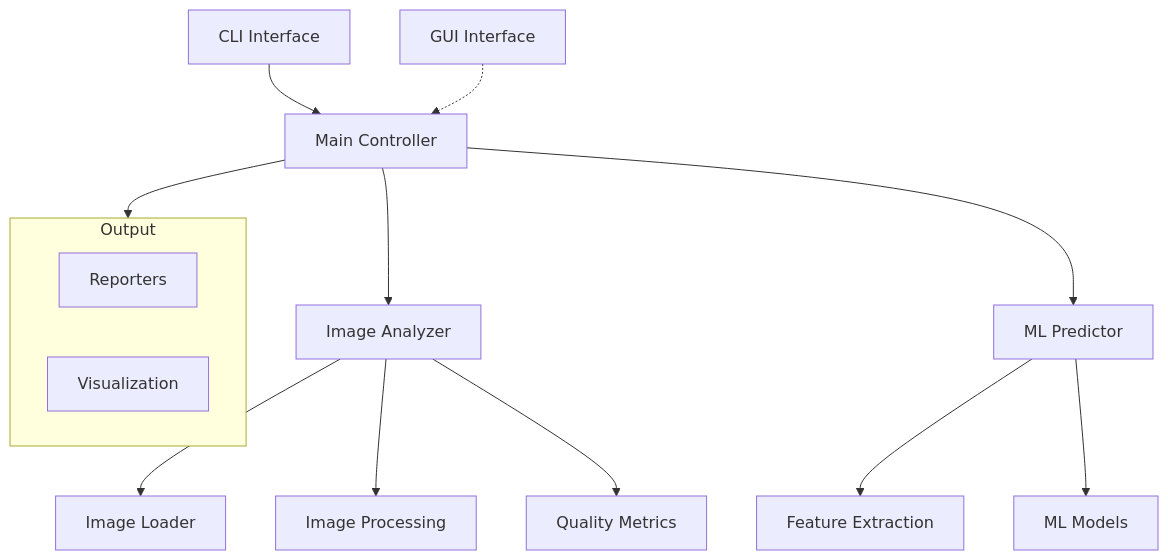
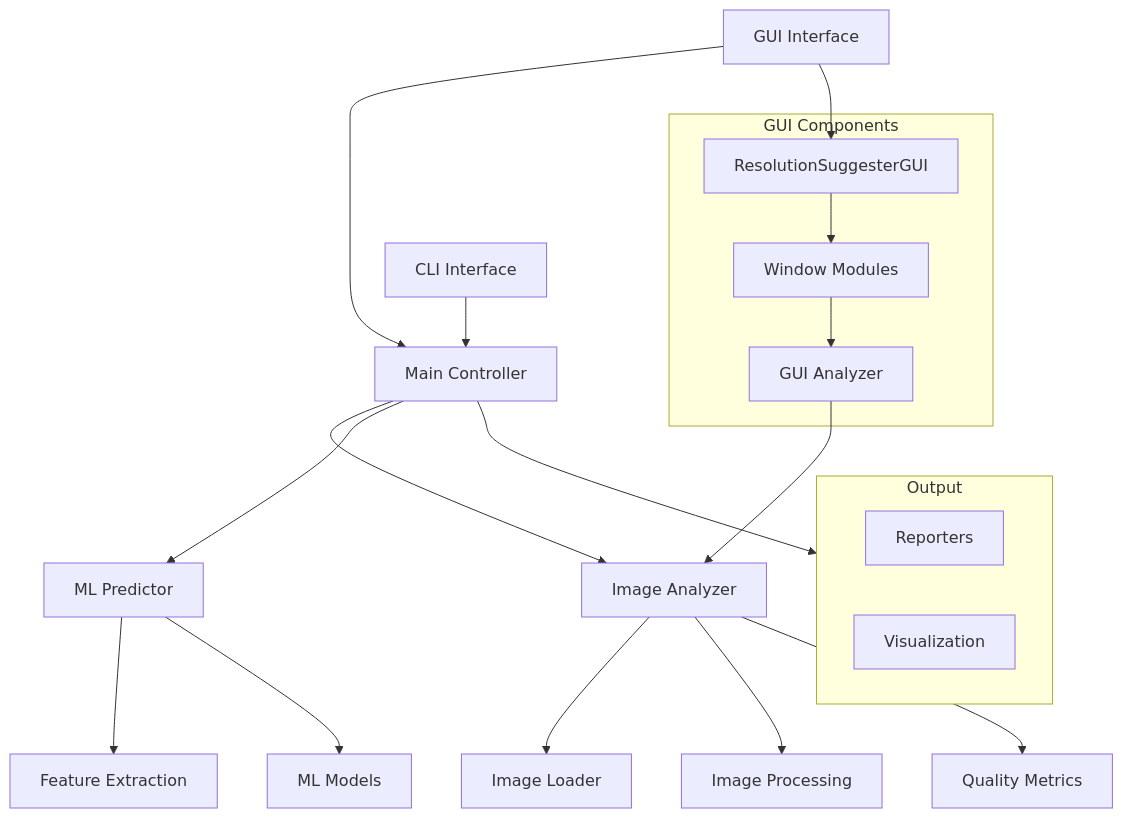
One commit to RomanVPX/resolution-suggester changed the diagram in memory-bank/systemPatterns.md. Above: the diagram before and after it, drawn with Mermaid. The commit also changed other lines of this file and 2 other files, not shown here.

````diff
--- a/memory-bank/systemPatterns.md
+++ b/memory-bank/systemPatterns.md
@@ -5,22 +5,33 @@
 ```mermaid
 graph TD
     CLI[CLI Interface] --> Main[Main Controller]
-    GUI[GUI Interface] -.-> Main
+    GUI[GUI Interface] --> Main
 
     Main --> ImageAnalyzer[Image Analyzer]
     Main --> MLPredictor[ML Predictor]
 
     ImageAnalyzer --> ImageLoader[Image Loader]
     ImageAnalyzer --> ImageProcessing[Image Processing]
     ImageAnalyzer --> Metrics[Quality Metrics]
 
     MLPredictor --> Features[Feature Extraction]
     MLPredictor --> Models[ML Models]
 
     subgraph Output
         Reporters[Reporters]
         Visualization[Visualization]
     end
 
     Main --> Output
+
+    subgraph GUI Components
+        App[ResolutionSuggesterGUI]
+        Windows[Window Modules]
+        GUIAnalyzer[GUI Analyzer]
+    end
+
+    GUI --> App
+    App --> Windows
+    Windows --> GUIAnalyzer
+    GUIAnalyzer --> ImageAnalyzer
 ```
````
